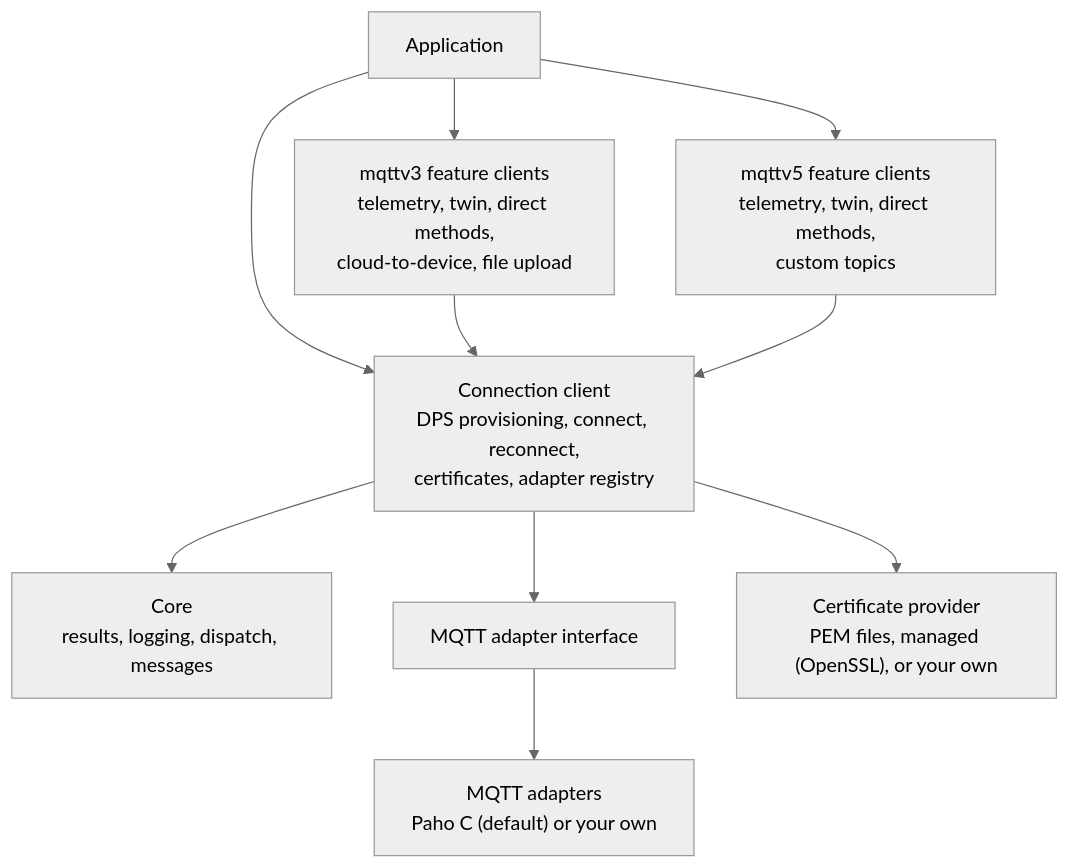
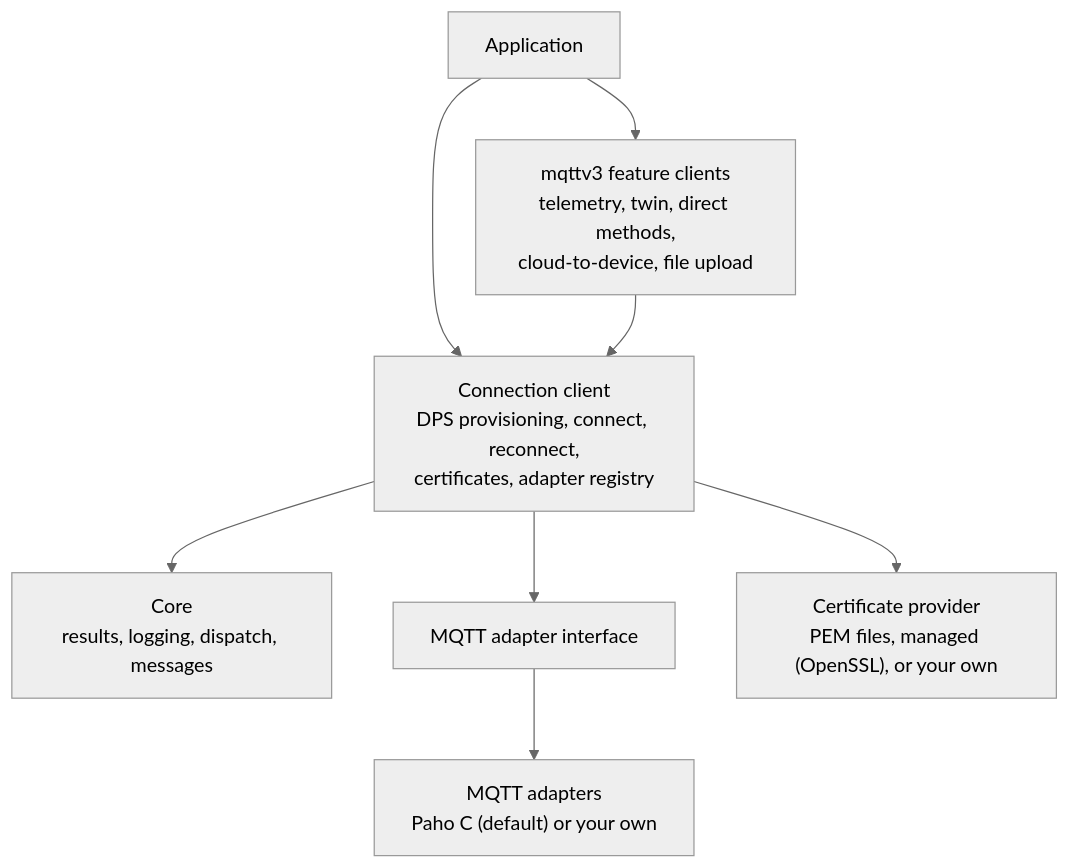
Before and after one commit to Azure/azure-iot-sdk: the diagram in c/docs/architecture.md, drawn with Mermaid (neutral theme). The commit also changed other lines of this file and 19 other files, not shown here.

````diff
--- a/c/docs/architecture.md
+++ b/c/docs/architecture.md
@@ -29,18 +29,16 @@
 ```mermaid
 flowchart TB
     APP["Application"]
     V3["mqttv3 feature clients<br/>telemetry, twin, direct methods,<br/>cloud-to-device, file upload"]
-    V5["mqttv5 feature clients<br/>telemetry, twin, direct methods,<br/>custom topics"]
     CONN["Connection client<br/>DPS provisioning, connect, reconnect,<br/>certificates, adapter registry"]
     CORE["Core<br/>results, logging, dispatch, messages"]
     IFACE["MQTT adapter interface"]
     ADAPT["MQTT adapters<br/>Paho C (default) or your own"]
     CERT["Certificate provider<br/>PEM files, managed (OpenSSL), or your own"]
 
-    APP --> V3 & V5 & CONN
+    APP --> V3 & CONN
     V3 --> CONN
-    V5 --> CONN
     CONN --> CORE
     CONN --> CERT
     CONN --> IFACE --> ADAPT
 ```
````
